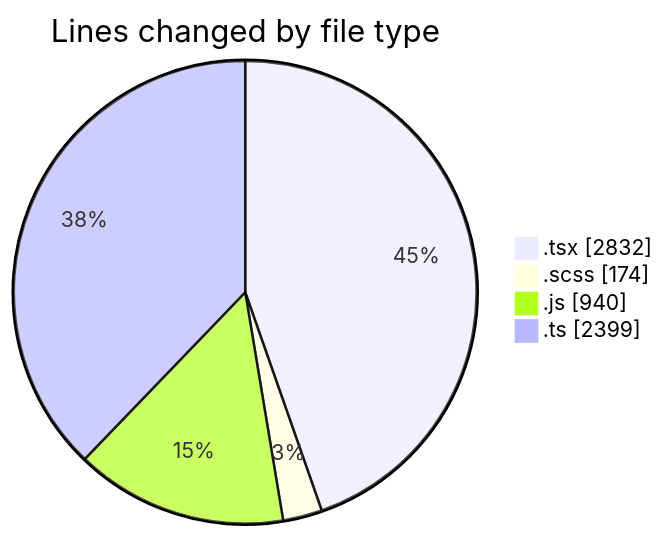
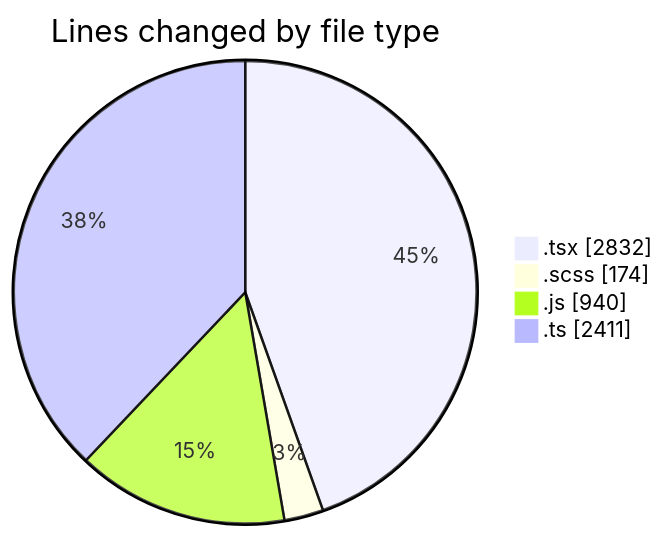
The first of 2 diagrams in 2026-07-15/cda/README.md (momahboobian/code-tracking), drawn with Mermaid before and after one commit. The commit also changed other lines of this file and 1 other file, not shown here.

````diff
--- a/2026-07-15/cda/README.md
+++ b/2026-07-15/cda/README.md
@@ -51,8 +51,8 @@
 ```mermaid
 pie showData
 title Lines changed by file type
 ".tsx" : 2832
 ".scss" : 174
 ".js" : 940
-".ts" : 2399
+".ts" : 2411
 ```
````
